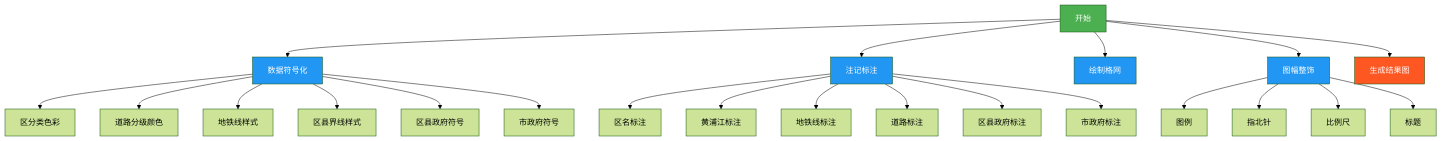
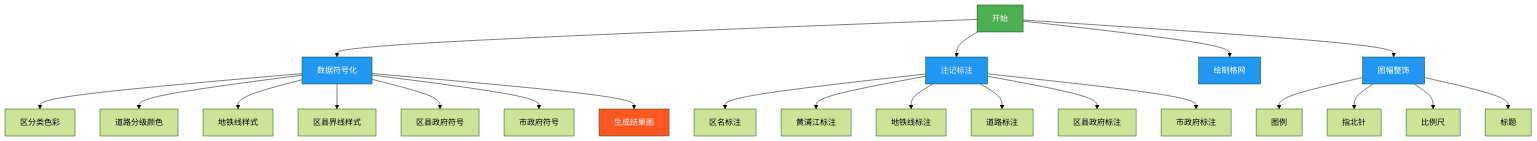
One commit to newguser/iodraw-files changed the diagram in all/未命名.md. Above: the diagram before and after it, drawn with Mermaid (forest theme).

Commit message:
2025-02-27 10:28:09 update

````diff
--- a/all/未命名.md
+++ b/all/未命名.md
@@ -1,32 +1,32 @@
 ```mermaid
 graph TD
     A[开始] --> B[数据符号化]
     B --> B1[区分类色彩]
     B --> B2[道路分级颜色]
     B --> B3[地铁线样式]
     B --> B4[区县界线样式]
     B --> B5[区县政府符号]
     B --> B6[市政府符号]
 
     A --> C[注记标注]
     C --> C1[区名标注]
     C --> C2[黄浦江标注]
     C --> C3[地铁线标注]
     C --> C4[道路标注]
     C --> C5[区县政府标注]
     C --> C6[市政府标注]
 
     A --> D[绘制格网]
     A --> E[图幅整饰]
     E --> E1[图例]
     E --> E2[指北针]
     E --> E3[比例尺]
     E --> E4[标题]
 
-    A --> F[生成结果图]
+    B --> F[生成结果图]
 
     style A fill:#4CAF50,color:white
     style F fill:#FF5722,color:white
     classDef process fill:#2196F3,color:white;
     class B,C,D,E process
 ```
````
